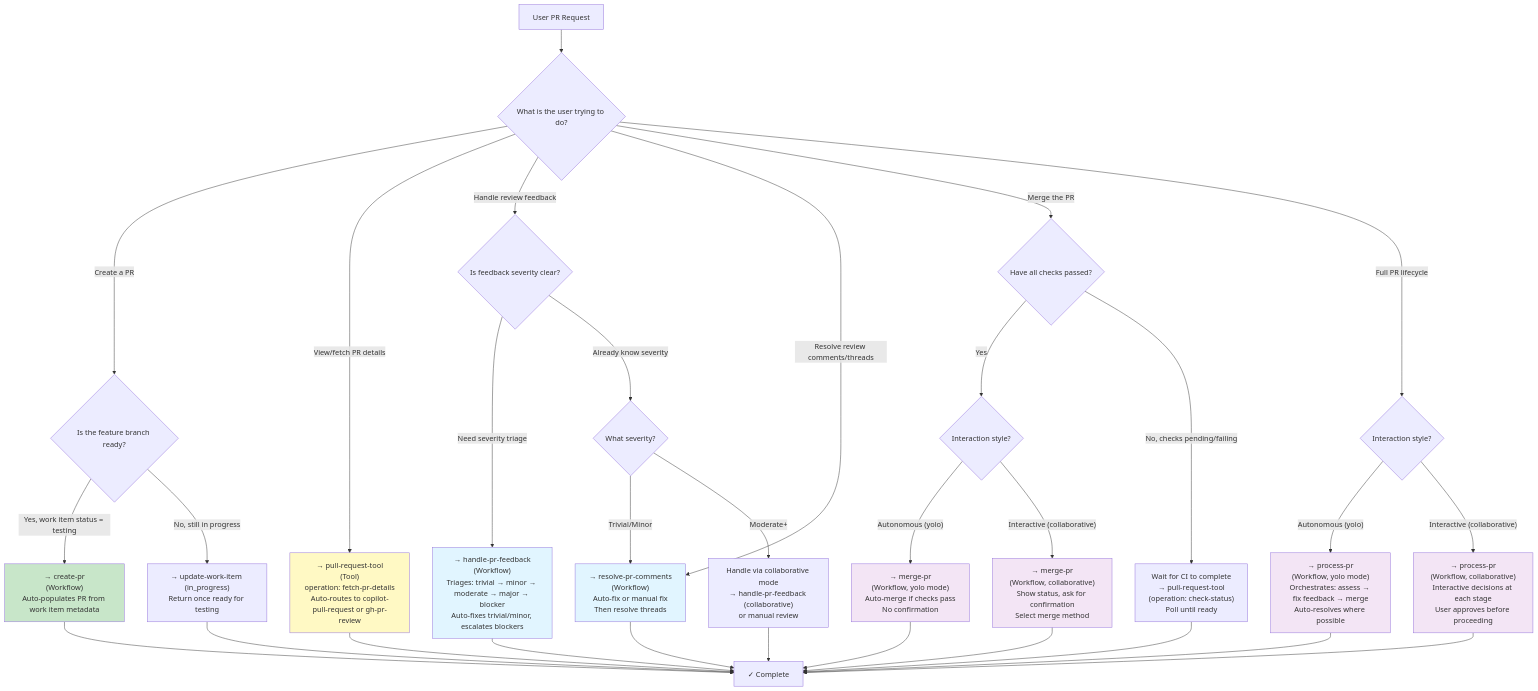
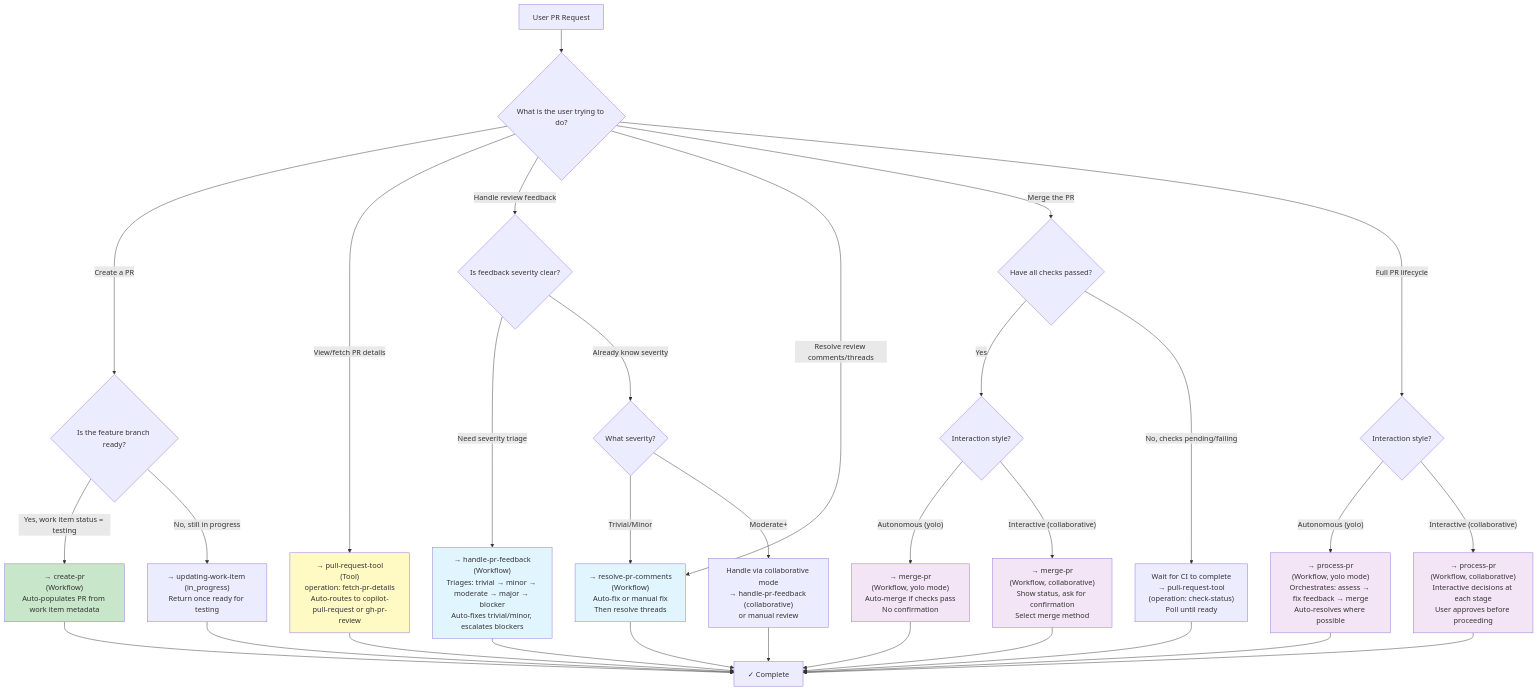
Before and after one commit to squirrel289/pax: the diagram in docs/reference/pr-workflow-decision-tree.md, drawn with Mermaid. The commit also changed 29 other files, not shown here.

````diff
--- a/docs/reference/pr-workflow-decision-tree.md
+++ b/docs/reference/pr-workflow-decision-tree.md
@@ -26,49 +26,49 @@
 ```mermaid
 flowchart TD
     START["User PR Request"] --> Q1{"What is the user trying to do?"}
 
     Q1 -->|"Create a PR"| Q2{"Is the feature branch ready?"}
     Q2 -->|"Yes, work item status = testing"| CREATE_PR["→ create-pr<br/>(Workflow)<br/>Auto-populates PR from work item metadata"]
-    Q2 -->|"No, still in progress"| UPDATE_WI["→ update-work-item (in_progress)<br/>Return once ready for testing"]
+    Q2 -->|"No, still in progress"| UPDATE_WI["→ updating-work-item (in_progress)<br/>Return once ready for testing"]
 
     Q1 -->|"View/fetch PR details"| FETCH["→ pull-request-tool<br/>(Tool)<br/>operation: fetch-pr-details<br/>Auto-routes to copilot-pull-request or gh-pr-review"]
 
     Q1 -->|"Handle review feedback"| Q3{"Is feedback severity clear?"}
     Q3 -->|"Need severity triage"| HANDLE_FB["→ handle-pr-feedback<br/>(Workflow)<br/>Triages: trivial → minor → moderate → major → blocker<br/>Auto-fixes trivial/minor, escalates blockers"]
     Q3 -->|"Already know severity"| Q4{"What severity?"}
     Q4 -->|"Trivial/Minor"| RESOLVE_COMMENTS["→ resolve-pr-comments<br/>(Workflow)<br/>Auto-fix or manual fix<br/>Then resolve threads"]
     Q4 -->|"Moderate+"| ESCALATE["Handle via collaborative mode<br/>→ handle-pr-feedback (collaborative)<br/>or manual review"]
 
     Q1 -->|"Resolve review comments/threads"| RESOLVE_COMMENTS
 
     Q1 -->|"Merge the PR"| Q5{"Have all checks passed?"}
     Q5 -->|"Yes"| Q6{"Interaction style?"}
     Q6 -->|"Autonomous (yolo)"| MERGE_YOLO["→ merge-pr<br/>(Workflow, yolo mode)<br/>Auto-merge if checks pass<br/>No confirmation"]
     Q6 -->|"Interactive (collaborative)"| MERGE_COLLAB["→ merge-pr<br/>(Workflow, collaborative)<br/>Show status, ask for confirmation<br/>Select merge method"]
     Q5 -->|"No, checks pending/failing"| WAIT_CHECKS["Wait for CI to complete<br/>→ pull-request-tool<br/>(operation: check-status)<br/>Poll until ready"]
 
     Q1 -->|"Full PR lifecycle"| Q7{"Interaction style?"}
     Q7 -->|"Autonomous (yolo)"| PROCESS_YOLO["→ process-pr<br/>(Workflow, yolo mode)<br/>Orchestrates: assess → fix feedback → merge<br/>Auto-resolves where possible"]
     Q7 -->|"Interactive (collaborative)"| PROCESS_COLLAB["→ process-pr<br/>(Workflow, collaborative)<br/>Interactive decisions at each stage<br/>User approves before proceeding"]
 
     FETCH --> END["✓ Complete"]
     HANDLE_FB --> END
     RESOLVE_COMMENTS --> END
     MERGE_YOLO --> END
     MERGE_COLLAB --> END
     PROCESS_YOLO --> END
     PROCESS_COLLAB --> END
     CREATE_PR --> END
     WAIT_CHECKS --> END
     UPDATE_WI --> END
     ESCALATE --> END
 
     style HANDLE_FB fill:#e1f5ff
     style RESOLVE_COMMENTS fill:#e1f5ff
     style MERGE_YOLO fill:#f3e5f5
     style MERGE_COLLAB fill:#f3e5f5
     style PROCESS_YOLO fill:#f3e5f5
     style PROCESS_COLLAB fill:#f3e5f5
     style CREATE_PR fill:#c8e6c9
     style FETCH fill:#fff9c4
 ```
````
